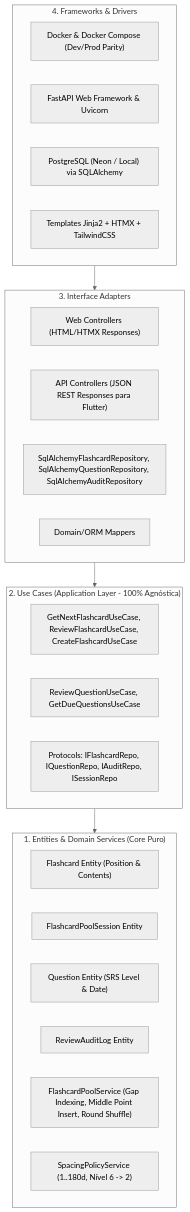
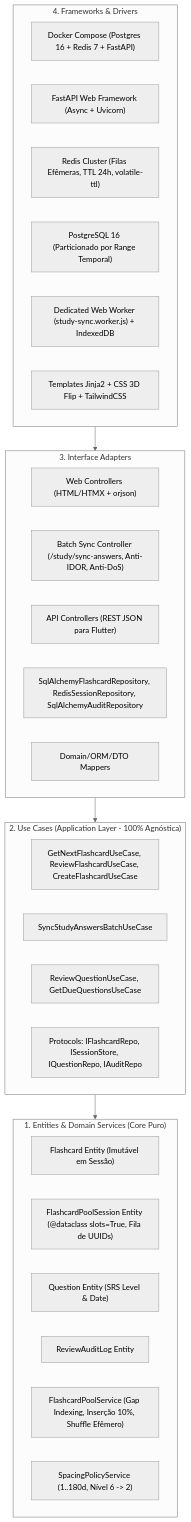
Before and after one commit to gabrielffreitas94-commits/study_reviewer: the third of 4 diagrams in PRD.md, drawn with Mermaid (neutral theme). The commit also changed other lines of this file, not shown here.

Commit message:
docs(prd): update PRD to v7.0 with high-scale architecture and strategic product milestones

````diff
--- a/PRD.md
+++ b/PRD.md
@@ -161,35 +178,39 @@
 ```mermaid
 flowchart TD
     subgraph Camada_4["4. Frameworks & Drivers"]
-        Docker["Docker & Docker Compose (Dev/Prod Parity)"]
-        FastAPI_App["FastAPI Web Framework & Uvicorn"]
-        Postgres_DB["PostgreSQL (Neon / Local) via SQLAlchemy"]
-        Templates_HTMX["Templates Jinja2 + HTMX + TailwindCSS"]
+        Docker["Docker Compose (Postgres 16 + Redis 7 + FastAPI)"]
+        FastAPI_App["FastAPI Web Framework (Async + Uvicorn)"]
+        Redis_Store["Redis Cluster (Filas Efêmeras, TTL 24h, volatile-ttl)"]
+        Postgres_DB["PostgreSQL 16 (Particionado por Range Temporal)"]
+        Frontend_Worker["Dedicated Web Worker (study-sync.worker.js) + IndexedDB"]
+        Templates_HTMX["Templates Jinja2 + CSS 3D Flip + TailwindCSS"]
     end
 
     subgraph Camada_3["3. Interface Adapters"]
-        Controllers_Web["Web Controllers (HTML/HTMX Responses)"]
-        Controllers_API["API Controllers (JSON REST Responses para Flutter)"]
-        Repo_Impl["SqlAlchemyFlashcardRepository, SqlAlchemyQuestionRepository, SqlAlchemyAuditRepository"]
-        Mappers["Domain/ORM Mappers"]
+        Controllers_Web["Web Controllers (HTML/HTMX + orjson)"]
+        Controllers_Sync["Batch Sync Controller (/study/sync-answers, Anti-IDOR, Anti-DoS)"]
+        Controllers_API["API Controllers (REST JSON para Flutter)"]
+        Repo_Impl["SqlAlchemyFlashcardRepository, RedisSessionRepository, SqlAlchemyAuditRepository"]
+        Mappers["Domain/ORM/DTO Mappers"]
     end
 
     subgraph Camada_2["2. Use Cases (Application Layer - 100% Agnóstica)"]
         UC_Card["GetNextFlashcardUseCase, ReviewFlashcardUseCase, CreateFlashcardUseCase"]
+        UC_Sync["SyncStudyAnswersBatchUseCase"]
         UC_Question["ReviewQuestionUseCase, GetDueQuestionsUseCase"]
-        UC_Ports["Protocols: IFlashcardRepo, IQuestionRepo, IAuditRepo, ISessionRepo"]
+        UC_Ports["Protocols: IFlashcardRepo, ISessionStore, IQuestionRepo, IAuditRepo"]
     end
 
     subgraph Camada_1["1. Entities & Domain Services (Core Puro)"]
-        E_Flashcard["Flashcard Entity (Position & Contents)"]
-        E_Session["FlashcardPoolSession Entity"]
+        E_Flashcard["Flashcard Entity (Imutável em Sessão)"]
+        E_Session["FlashcardPoolSession Entity (@dataclass slots=True, Fila de UUIDs)"]
         E_Question["Question Entity (SRS Level & Date)"]
         E_Audit["ReviewAuditLog Entity"]
-        DS_Pool["FlashcardPoolService (Gap Indexing, Middle Point Insert, Round Shuffle)"]
+        DS_Pool["FlashcardPoolService (Gap Indexing, Inserção 10%, Shuffle Efêmero)"]
         DS_Spacing["SpacingPolicyService (1..180d, Nível 6 -> 2)"]
     end
 
     Camada_4 --> Camada_3
     Camada_3 --> Camada_2
     Camada_2 --> Camada_1
 ```
````
